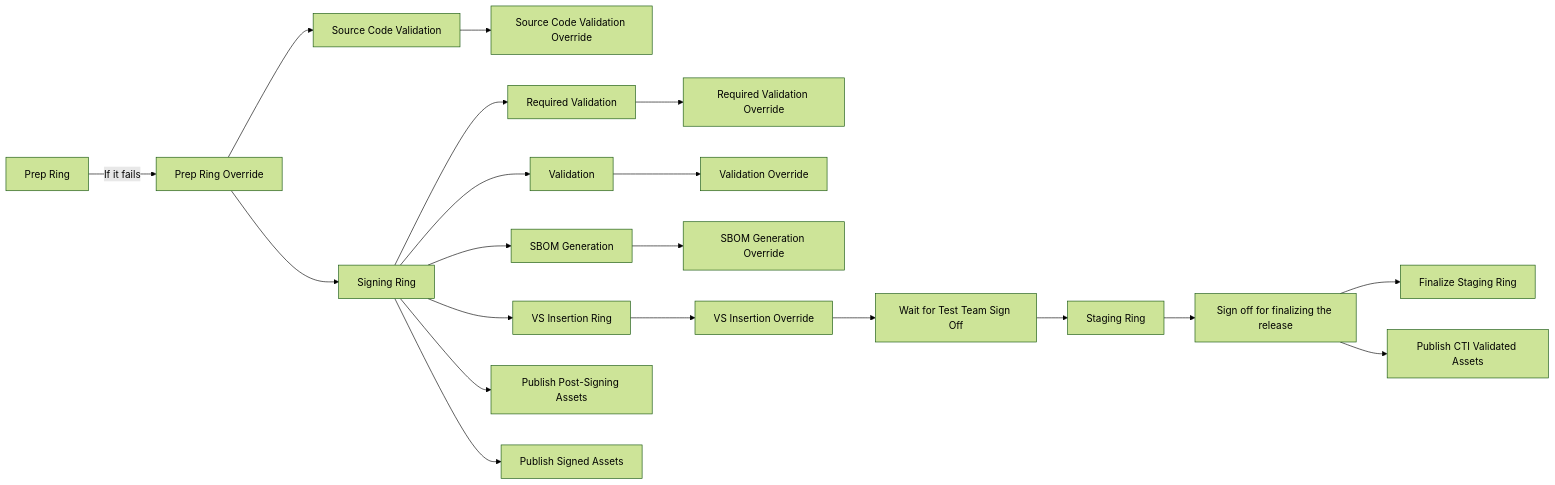
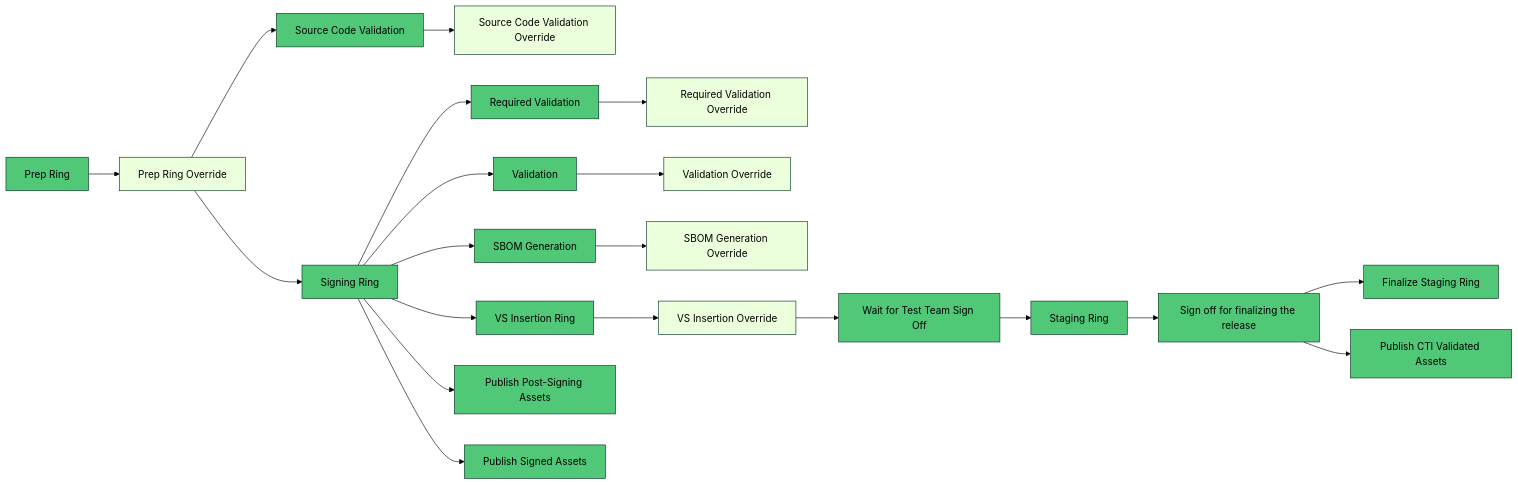
Before and after one commit to dotnet/arcade: the second of 2 diagrams in Documentation/TeamProcess/One-Pagers/bcm-emergency-staging-pipeline-optimizations-12261.md, drawn with Mermaid (forest theme). The commit also changed other lines of this file, not shown here.

Commit message:
add a 'before' diagram

````diff
--- a/Documentation/TeamProcess/One-Pagers/bcm-emergency-staging-pipeline-optimizations-12261.md
+++ b/Documentation/TeamProcess/One-Pagers/bcm-emergency-staging-pipeline-optimizations-12261.md
@@ -15,22 +45,25 @@
 ```mermaid
 flowchart LR
-  prep[Prep Ring] -->|If it fails| prep_override[Prep Ring Override]
+  prep[Prep Ring] --> prep_override[Prep Ring Override]
   prep_override --> signing[Signing Ring]
   prep_override --> source_code_validation[Source Code Validation]
   source_code_validation --> source_code_validation_override[Source Code Validation Override]
   signing --> vs_insertion[VS Insertion Ring]
   signing --> required_validation[Required Validation]
   required_validation --> required_validation_override[Required Validation Override]
   signing --> validation[Validation]
   validation --> validation_override[Validation Override]
   signing --> sbom_generation[SBOM Generation]
   sbom_generation --> sbom_generation_override[SBOM Generation Override]
   signing --> publishing_v3_signed[Publish Post-Signing Assets]
   signing --> post_signing_publishing[Publish Signed Assets]
   vs_insertion --> vs_insertion_override[VS Insertion Override]
   vs_insertion_override --> cti_sign_off[Wait for Test Team Sign Off]
   cti_sign_off --> staging[Staging Ring]
   staging --> finalize_sign_off[Sign off for finalizing the release]
   finalize_sign_off --> finalize_staging[Finalize Staging Ring]
   finalize_sign_off --> publishing_v3_validated[Publish CTI Validated Assets ]
+  classDef default fill:#50C878, stroke:#023020;
+  classDef Override fill:#ECFFDC, stroke:#023020;
+  class prep_override,source_code_validation_override,required_validation_override,sbom_generation_override,vs_insertion_override,validation_override Override;
 ```
````
